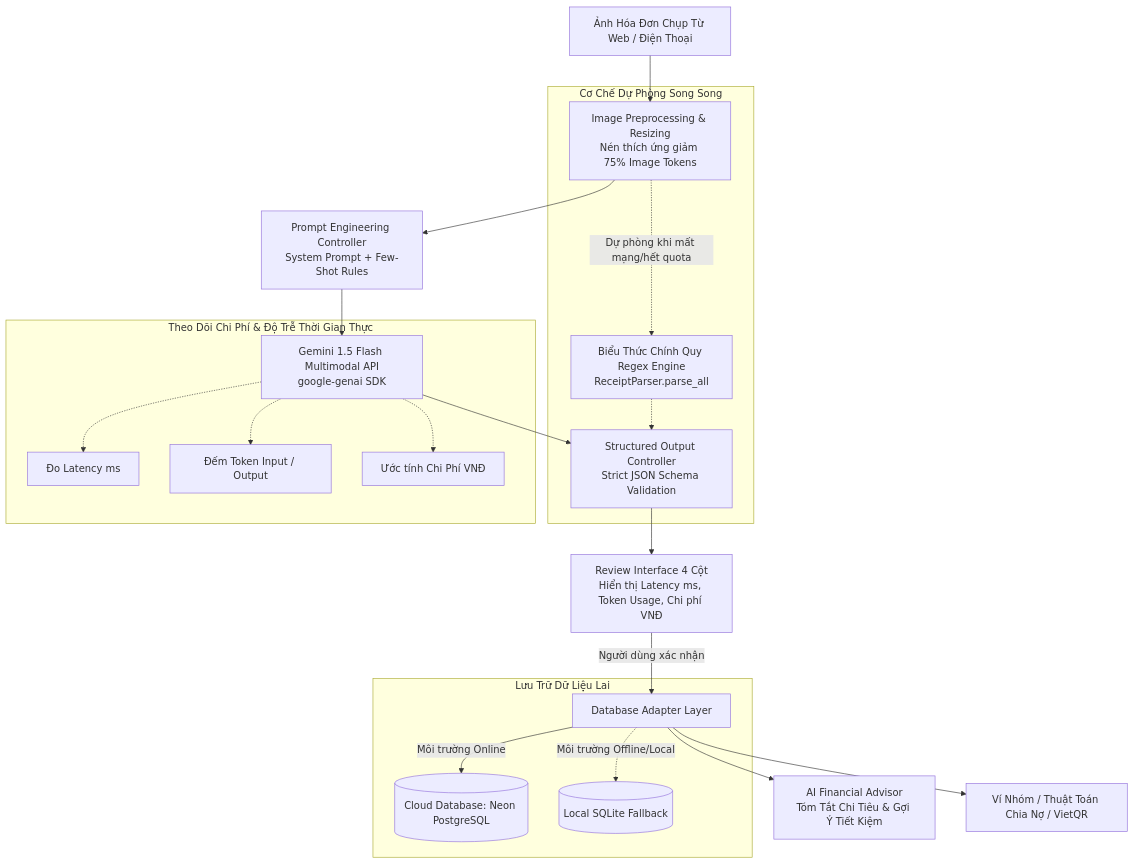
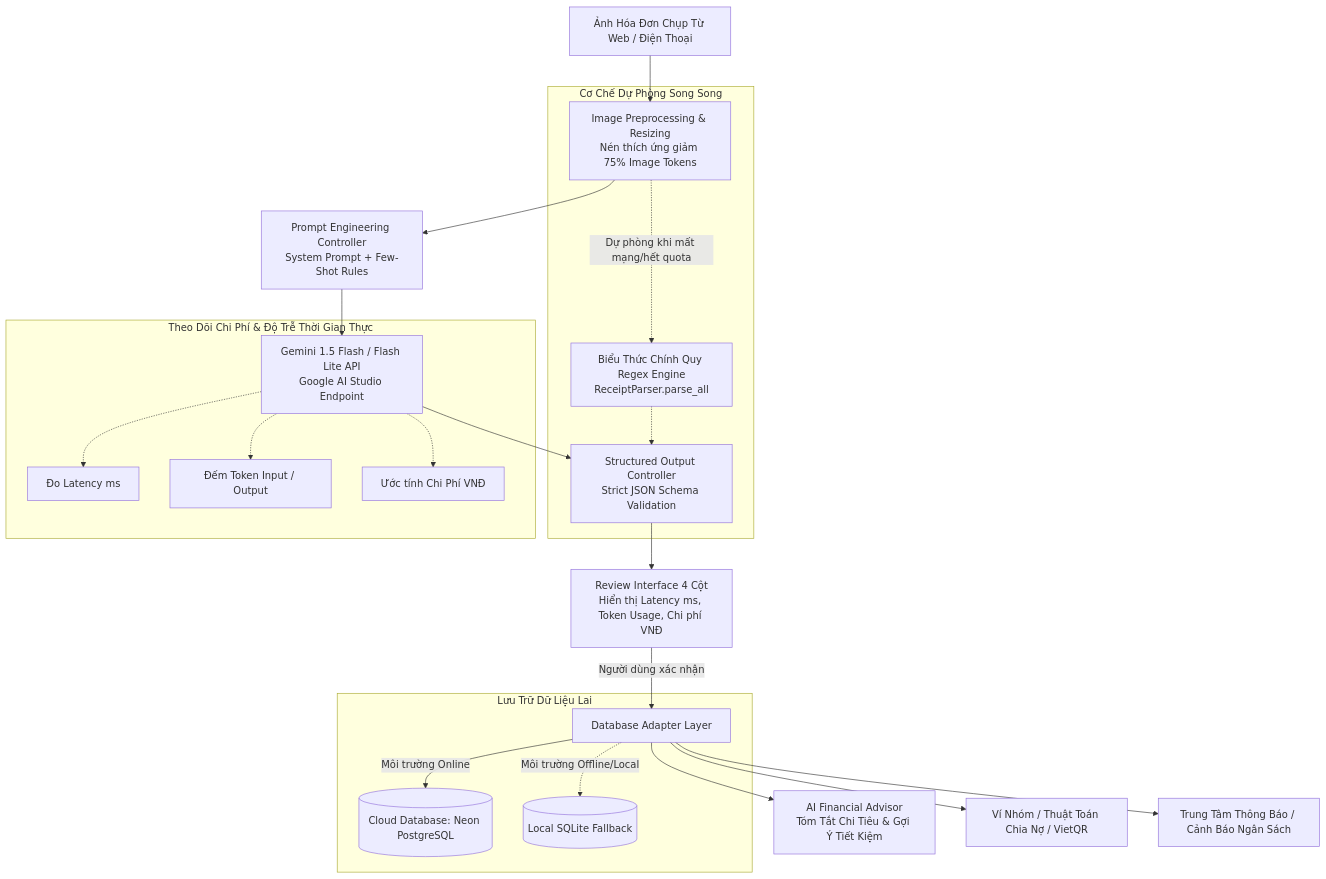
The diagram in README.md (hynengy/Vi-xinh), drawn with Mermaid before and after one commit. The commit also changed other lines of this file, not shown here.

Commit message:
docs: Completely update README.md to accurately reflect project architecture, Google AI Studio, and Vercel setup

````diff
--- a/README.md
+++ b/README.md
@@ -63,30 +71,31 @@
 ```mermaid
 graph TD
     A[Ảnh Hóa Đơn Chụp Từ Web / Điện Thoại] --> B[Image Preprocessing & Resizing<br/>Nén thích ứng giảm 75% Image Tokens]
     B --> C[Prompt Engineering Controller<br/>System Prompt + Few-Shot Rules]
-    C --> D[Gemini 1.5 Flash Multimodal API<br/>google-genai SDK]
+    C --> D[Gemini 1.5 Flash / Flash Lite API<br/>Google AI Studio Endpoint]
     
     D --> E[Structured Output Controller<br/>Strict JSON Schema Validation]
     
     subgraph Fallback_Mechanism [Cơ Chế Dự Phòng Song Song]
         B -.->|Dự phòng khi mất mạng/hết quota| F_Regex[Biểu Thức Chính Quy Regex Engine<br/>ReceiptParser.parse_all]
         F_Regex -.-> E
     end
     
     E --> F[Review Interface 4 Cột<br/>Hiển thị Latency ms, Token Usage, Chi phí VNĐ]
     F -->|Người dùng xác nhận| G[Database Adapter Layer]
     
     subgraph Storage_Layer [Lưu Trữ Dữ Liệu Lai]
         G -->|Môi trường Online| DB_Cloud[(Cloud Database: Neon PostgreSQL)]
         G -.->|Môi trường Offline/Local| DB_Local[(Local SQLite Fallback)]
     end
     
     G --> H[AI Financial Advisor<br/>Tóm Tắt Chi Tiêu & Gợi Ý Tiết Kiệm]
     G --> I[Ví Nhóm / Thuật Toán Chia Nợ / VietQR]
+    G --> J[Trung Tâm Thông Báo / Cảnh Báo Ngân Sách]
 
     subgraph Monitoring [Theo Dõi Chi Phí & Độ Trễ Thời Gian Thực]
         D -.-> T1[Đo Latency ms]
         D -.-> T2[Đếm Token Input / Output]
         D -.-> T3[Ước tính Chi Phí VNĐ]
     end
 ```
````
